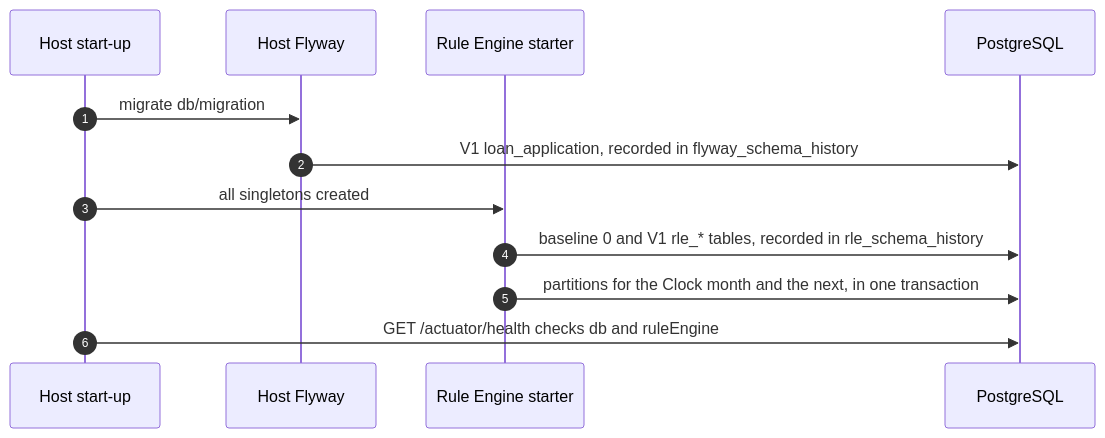
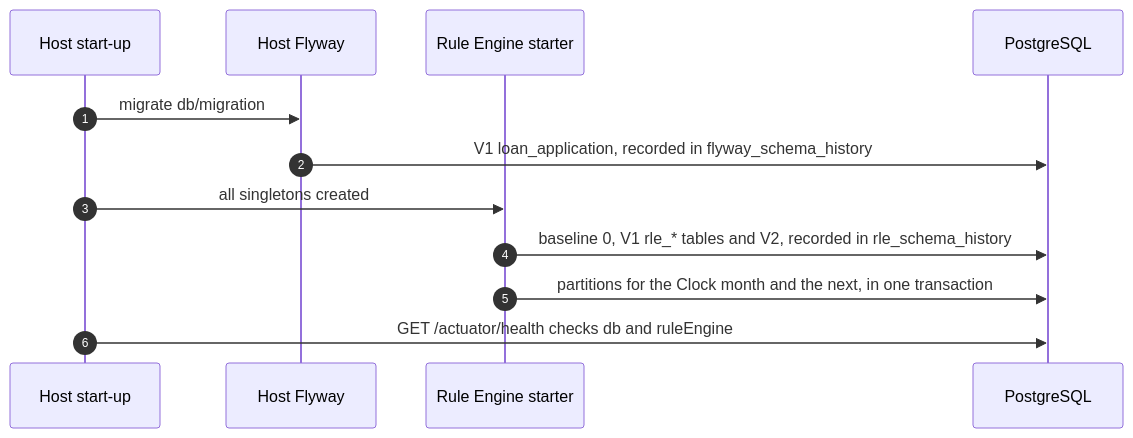
Before and after one commit to dhluong90/horus-Agentic-BPM: the diagram in examples/rule-engine-only/README.md, drawn with Mermaid. The commit also changed other lines of this file and 37 other files, not shown here.

````diff
--- a/examples/rule-engine-only/README.md
+++ b/examples/rule-engine-only/README.md
@@ -11,14 +11,14 @@
 ```mermaid
 sequenceDiagram
     autonumber
     participant Host as Host start-up
     participant HF as Host Flyway
     participant RE as Rule Engine starter
     participant DB as PostgreSQL
     Host->>HF: migrate db/migration
     HF->>DB: V1 loan_application, recorded in flyway_schema_history
     Host->>RE: all singletons created
-    RE->>DB: baseline 0 and V1 rle_* tables, recorded in rle_schema_history
+    RE->>DB: baseline 0, V1 rle_* tables and V2, recorded in rle_schema_history
     RE->>DB: partitions for the Clock month and the next, in one transaction
     Host->>DB: GET /actuator/health checks db and ruleEngine
 ```
````
